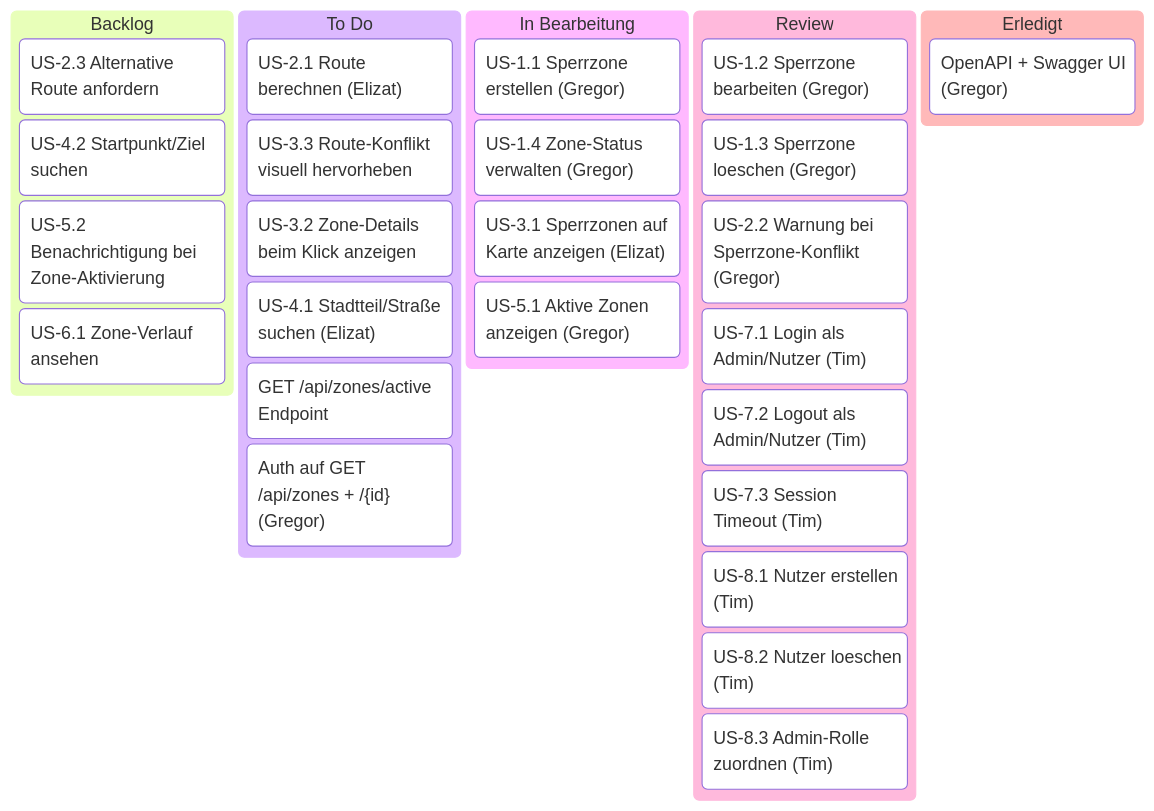
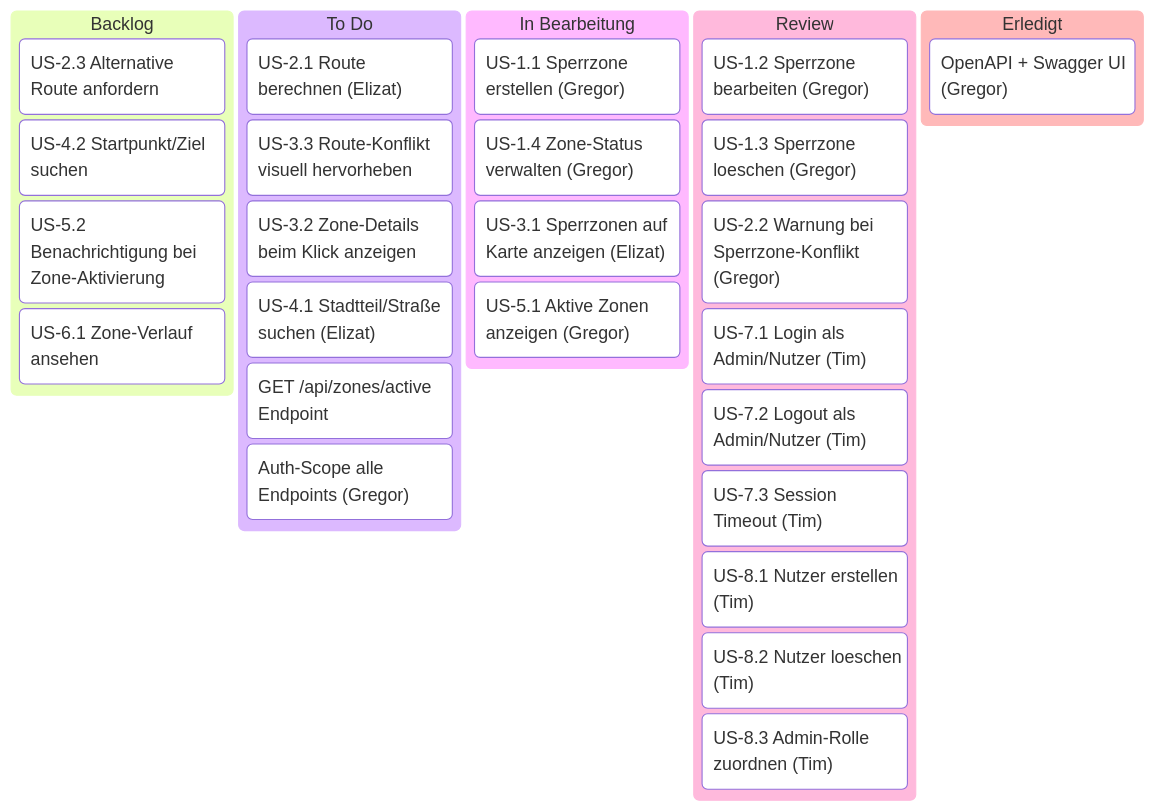
One commit to g8rdier/urban-flow-governance changed the diagram in docs/PLAN.md. Above: the diagram before and after it, drawn with Mermaid. The commit also changed other lines of this file and 1 other file, not shown here.

Commit message:
docs: document auth scopes and dual address input

````diff
--- a/docs/PLAN.md
+++ b/docs/PLAN.md
@@ -15,41 +15,41 @@
 ```mermaid
 ---
 config:
   kanban:
     ticketBaseUrl: ''
 ---
 kanban
   Backlog
     b1[US-2.3 Alternative Route anfordern]
     b2[US-4.2 Startpunkt/Ziel suchen]
     b3[US-5.2 Benachrichtigung bei Zone-Aktivierung]
     b4[US-6.1 Zone-Verlauf ansehen]
 
   ToDo[To Do]
     t1["US-2.1 Route berechnen (Elizat)"]
     t2[US-3.3 Route-Konflikt visuell hervorheben]
     t3[US-3.2 Zone-Details beim Klick anzeigen]
     t4["US-4.1 Stadtteil/Straße suchen (Elizat)"]
     t5["GET /api/zones/active Endpoint"]
-    t6["Auth auf GET /api/zones + /{id} (Gregor)"]
+    t6["Auth-Scope alle Endpoints (Gregor)"]
 
   InProgress[In Bearbeitung]
     p1["US-1.1 Sperrzone erstellen (Gregor)"]
     p2["US-1.4 Zone-Status verwalten (Gregor)"]
     p3["US-3.1 Sperrzonen auf Karte anzeigen (Elizat)"]
     p4["US-5.1 Aktive Zonen anzeigen (Gregor)"]
 
   Review
     r1["US-1.2 Sperrzone bearbeiten (Gregor)"]
     r2["US-1.3 Sperrzone loeschen (Gregor)"]
     r3["US-2.2 Warnung bei Sperrzone-Konflikt (Gregor)"]
     r4["US-7.1 Login als Admin/Nutzer (Tim)"]
     r5["US-7.2 Logout als Admin/Nutzer (Tim)"]
     r6["US-7.3 Session Timeout (Tim)"]
     r7["US-8.1 Nutzer erstellen (Tim)"]
     r8["US-8.2 Nutzer loeschen (Tim)"]
     r9["US-8.3 Admin-Rolle zuordnen (Tim)"]
 
   Erledigt
     d1["OpenAPI + Swagger UI (Gregor)"]
 ```
````
